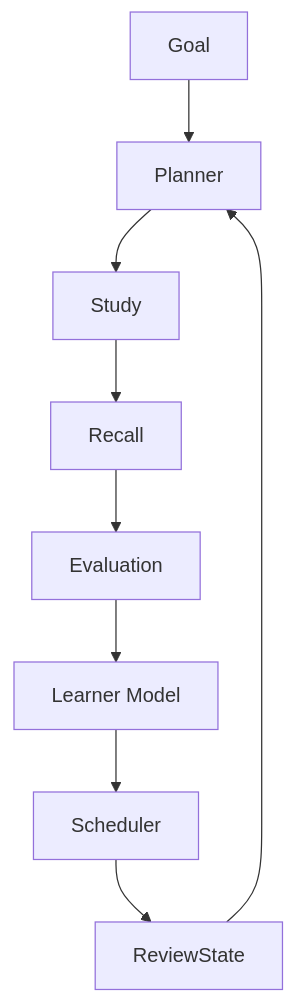
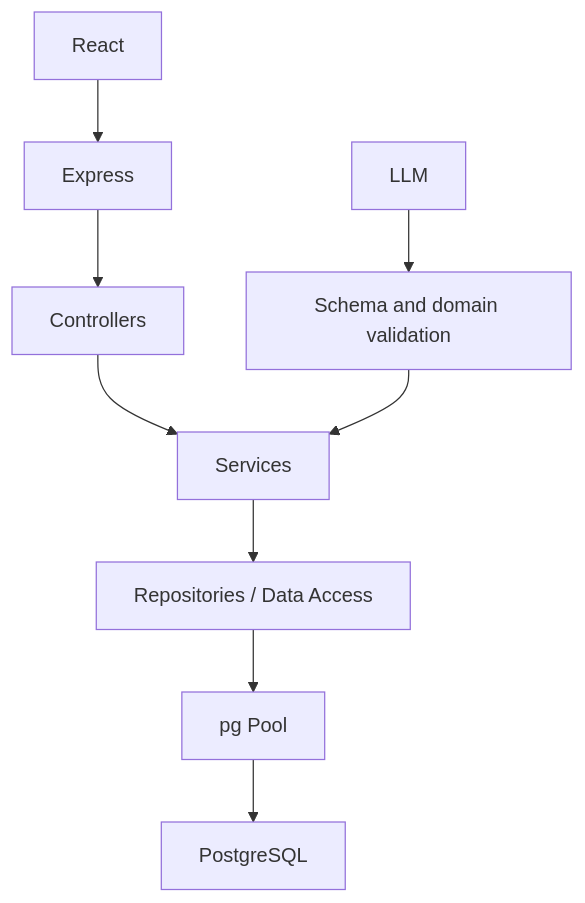
One commit to Sundramrai3691/RecallLoop changed the first of 2 diagrams in docs/ARCHITECTURE.md. Above: the diagram before and after it, drawn with Mermaid. The commit also changed other lines of this file and 10 other files, not shown here.

Commit message:
feat: migrate from MongoDB to PostgreSQL, update services and documentation

````diff
--- a/docs/ARCHITECTURE.md
+++ b/docs/ARCHITECTURE.md
@@ -111,11 +5,11 @@
 ```mermaid
 flowchart TD
-    Goal --> Planner
-    Planner --> Study
-    Study --> Recall
-    Recall --> Evaluation
-    Evaluation --> LearnerModel[Learner Model]
-    LearnerModel --> Scheduler
-    Scheduler --> ReviewState[ReviewState]
-    ReviewState --> Planner
+  React --> Express
+  Express --> Controllers
+  Controllers --> Services
+  Services --> Repositories[Repositories / Data Access]
+  Repositories --> Pool[pg Pool]
+  Pool --> PostgreSQL
+  LLM --> Validation[Schema and domain validation]
+  Validation --> Services
 ```
````
